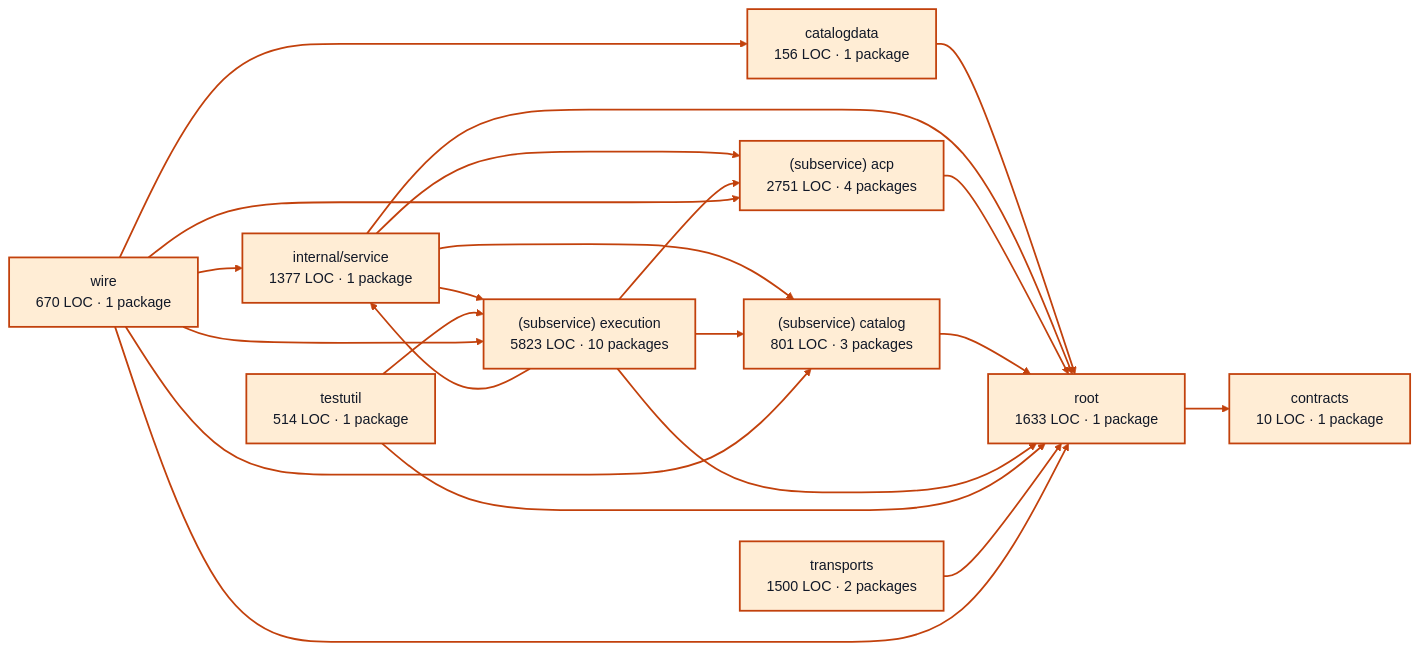
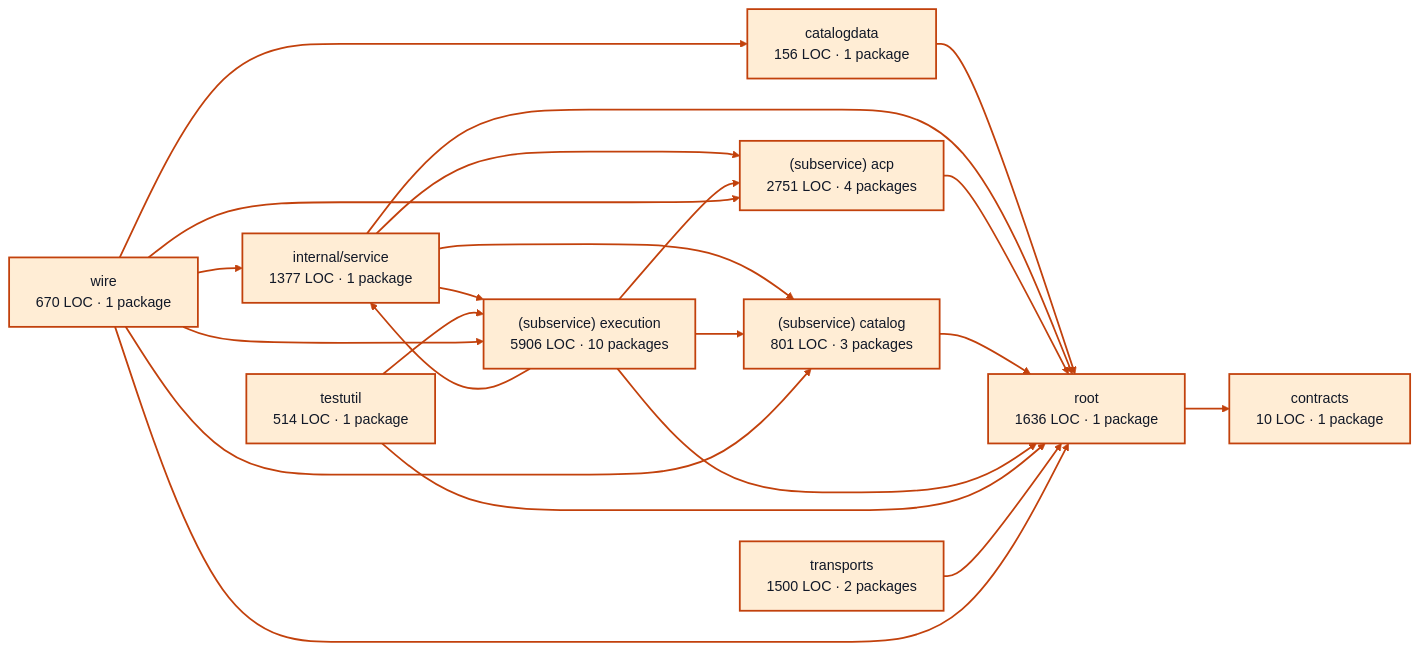
Before and after one commit to portpowered/you-agent-factory: the diagram in docs/architecture/visualizations/services/providers.md, drawn with Mermaid (base theme). The commit also changed other lines of this file and 20 other files, not shown here.

Commit message:
docs: refresh backend architecture visualizations

````diff
--- a/docs/architecture/visualizations/services/providers.md
+++ b/docs/architecture/visualizations/services/providers.md
@@ -11,45 +11,45 @@
 ```mermaid
 flowchart LR
   p0["catalogdata<br/>156 LOC · 1 package"]
   p1["contracts<br/>10 LOC · 1 package"]
   p2["internal/service<br/>1377 LOC · 1 package"]
   p3["(subservice) acp<br/>2751 LOC · 4 packages"]
   p4["(subservice) catalog<br/>801 LOC · 3 packages"]
-  p5["(subservice) execution<br/>5823 LOC · 10 packages"]
+  p5["(subservice) execution<br/>5906 LOC · 10 packages"]
   p6["testutil<br/>514 LOC · 1 package"]
-  p7["root<br/>1633 LOC · 1 package"]
+  p7["root<br/>1636 LOC · 1 package"]
   p8["transports<br/>1500 LOC · 2 packages"]
   p9["wire<br/>670 LOC · 1 package"]
   p0 --> p7
   p2 --> p3
   p2 --> p4
   p2 --> p5
   p2 --> p7
   p3 --> p7
   p4 --> p7
   p5 --> p2
   p5 --> p3
   p5 --> p4
   p5 --> p7
   p6 --> p5
   p6 --> p7
   p7 --> p1
   p8 --> p7
   p9 --> p0
   p9 --> p2
   p9 --> p3
   p9 --> p4
   p9 --> p5
   p9 --> p7
   style p0 fill:#ffedd5,stroke:#c2410c,stroke-width:2px,color:#111827
   style p1 fill:#ffedd5,stroke:#c2410c,stroke-width:2px,color:#111827
   style p2 fill:#ffedd5,stroke:#c2410c,stroke-width:2px,color:#111827
   style p3 fill:#ffedd5,stroke:#c2410c,stroke-width:2px,color:#111827
   style p4 fill:#ffedd5,stroke:#c2410c,stroke-width:2px,color:#111827
   style p5 fill:#ffedd5,stroke:#c2410c,stroke-width:2px,color:#111827
   style p6 fill:#ffedd5,stroke:#c2410c,stroke-width:2px,color:#111827
   style p7 fill:#ffedd5,stroke:#c2410c,stroke-width:2px,color:#111827
   style p8 fill:#ffedd5,stroke:#c2410c,stroke-width:2px,color:#111827
   style p9 fill:#ffedd5,stroke:#c2410c,stroke-width:2px,color:#111827
   linkStyle default stroke:#c2410c,stroke-width:2px
 ```
````
